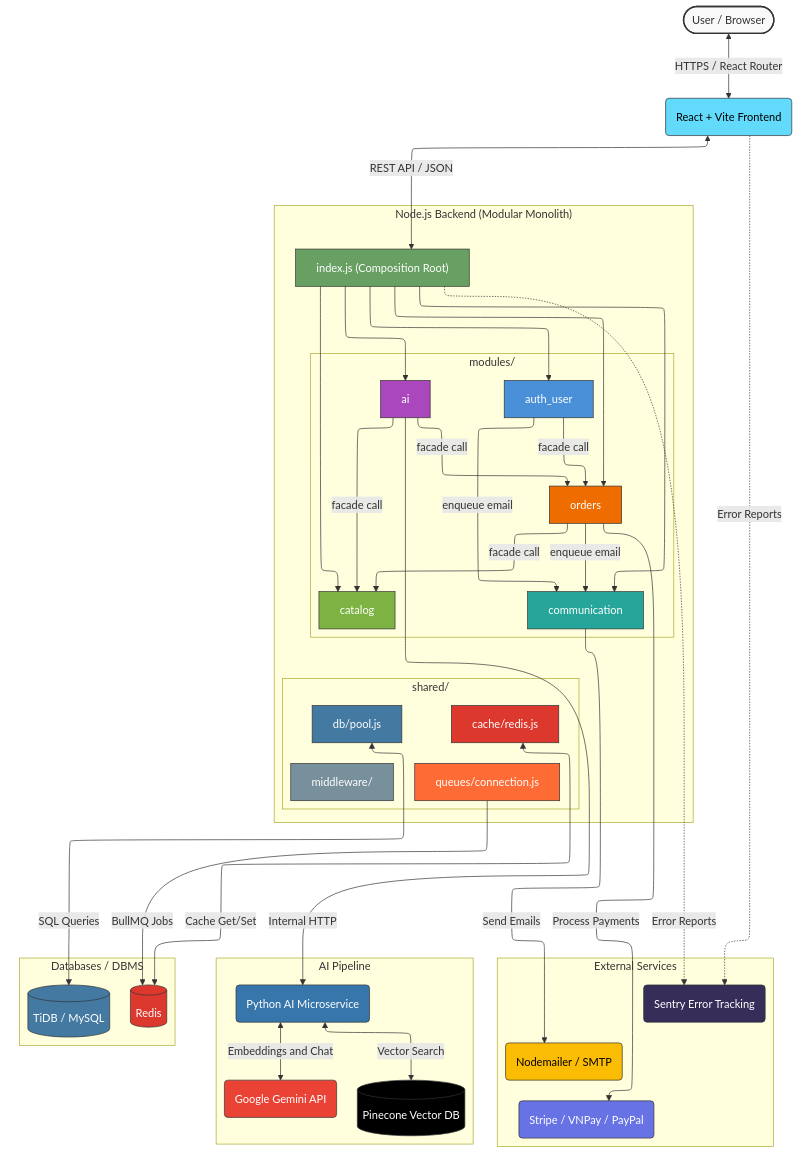
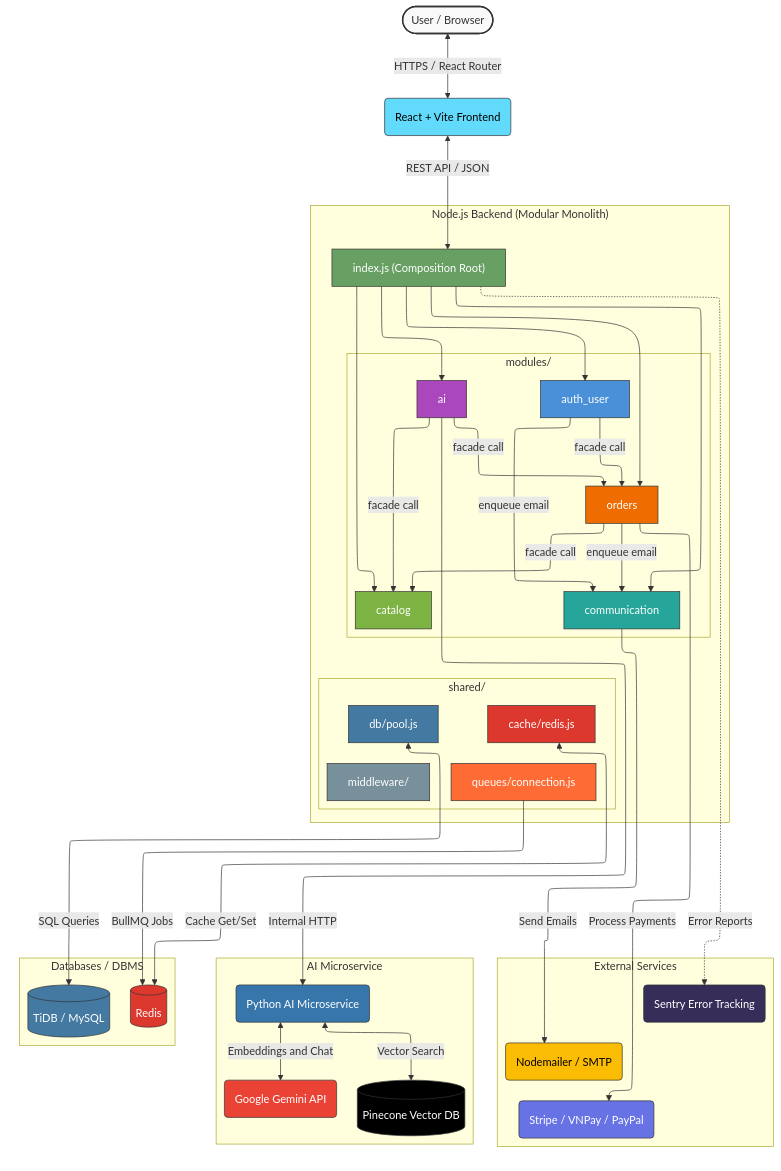
The first of 3 diagrams in README.md (dhp-exe/e-commercial-project), drawn with Mermaid before and after one commit.

Commit message:
docs: update architecture diagram to rename AI Pipeline to AI Microservice and remove Sentry

```diff
--- a/README.md
+++ b/README.md
@@ -122,7 +122,7 @@
         s2
         s1
   end
- subgraph subGraph3["AI Pipeline"]
+ subgraph subGraph3["AI Microservice"]
         Gemini("Google Gemini API")
         AIService("Python AI Microservice")
         Pinecone[("Pinecone Vector DB")]
@@ -153,8 +153,7 @@
     AIService <-- Embeddings and Chat --> Gemini
     AIService <-- Vector Search --> Pinecone
     QConn -- BullMQ Jobs --> Redis
-    Frontend -. Error Reports .-> Sentry("Sentry Error Tracking")
-
+    
     style Sentry fill:#362d59,stroke:#333,color:#fff
     style EmailSMTP fill:#fbbc04,stroke:#333,color:#000
     style Payments fill:#6772e5,stroke:#333,color:#fff
```
